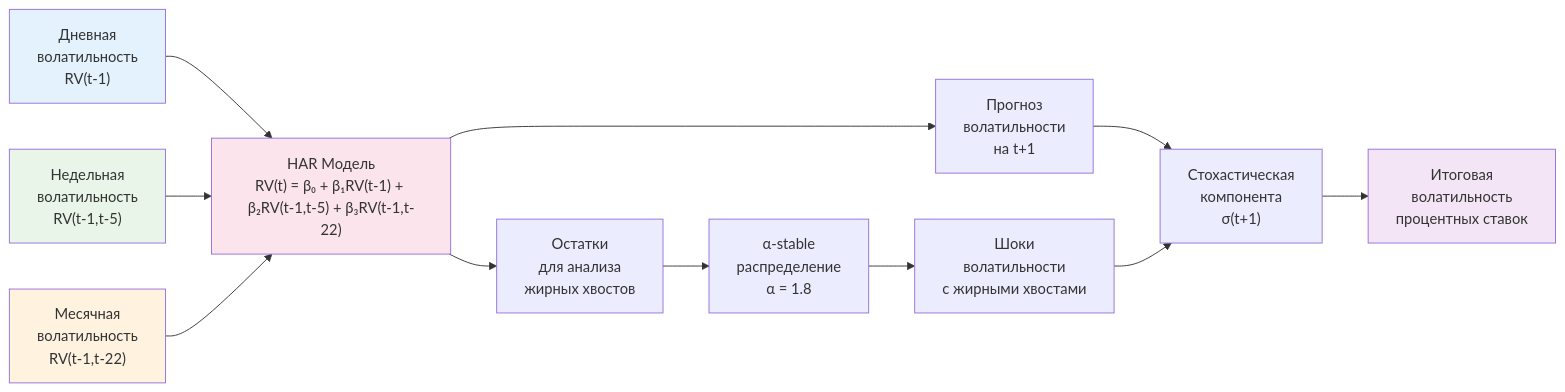
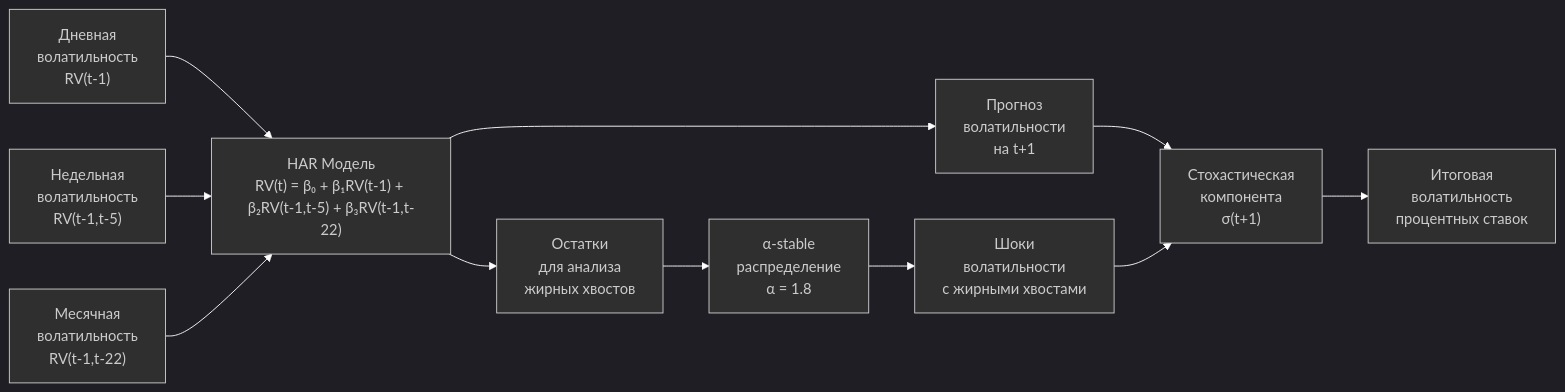
One commit to nikserbur/CBModelsStohastic changed the fourth of 4 diagrams in README.md. Above: the diagram before and after it, drawn with Mermaid. The commit also changed other lines of this file, not shown here.

Commit message:
update diagramm

````diff
--- a/README.md
+++ b/README.md
@@ -135,23 +165,18 @@
 ```mermaid
+%%{init: {'theme':'dark', 'themeVariables': {'primaryColor': '#ff7f00', 'primaryTextColor': '#ffffff', 'primaryBorderColor': '#ff7f00', 'lineColor': '#ffffff', 'secondaryColor': '#1f1f1f', 'tertiaryColor': '#2f2f2f', 'background': '#1f1f1f', 'mainBkg': '#2f2f2f', 'secondBkg': '#3f3f3f', 'tertiaryBkg': '#4f4f4f'}}}%%
 graph LR
     A["Дневная<br/>волатильность<br/>RV(t-1)"] --> D["HAR Модель<br/>RV(t) = β₀ + β₁RV(t-1) + β₂RV(t-1,t-5) + β₃RV(t-1,t-22)"]
     B["Недельная<br/>волатильность<br/>RV(t-1,t-5)"] --> D
     C["Месячная<br/>волатильность<br/>RV(t-1,t-22)"] --> D
     
     D --> E["Прогноз<br/>волатильности<br/>на t+1"]
     D --> F["Остатки<br/>для анализа<br/>жирных хвостов"]
     
     F --> G["α-stable<br/>распределение<br/>α = 1.8"]
     G --> H["Шоки<br/>волатильности<br/>с жирными хвостами"]
     
     E --> I["Стохастическая<br/>компонента<br/>σ(t+1)"]
     H --> I
     
     I --> J["Итоговая<br/>волатильность<br/>процентных ставок"]
-    
-    style A fill:#e3f2fd
-    style B fill:#e8f5e8
-    style C fill:#fff3e0
-    style D fill:#fce4ec
-    style J fill:#f3e5f5
 ```
````
